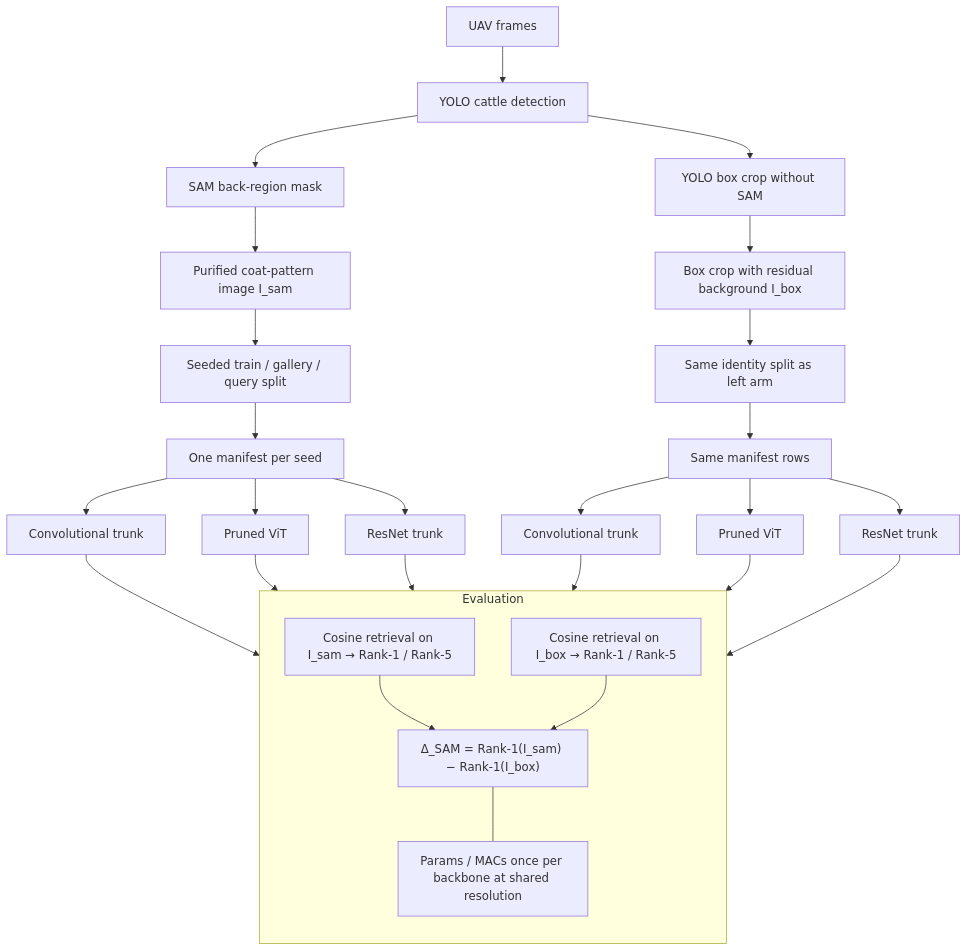
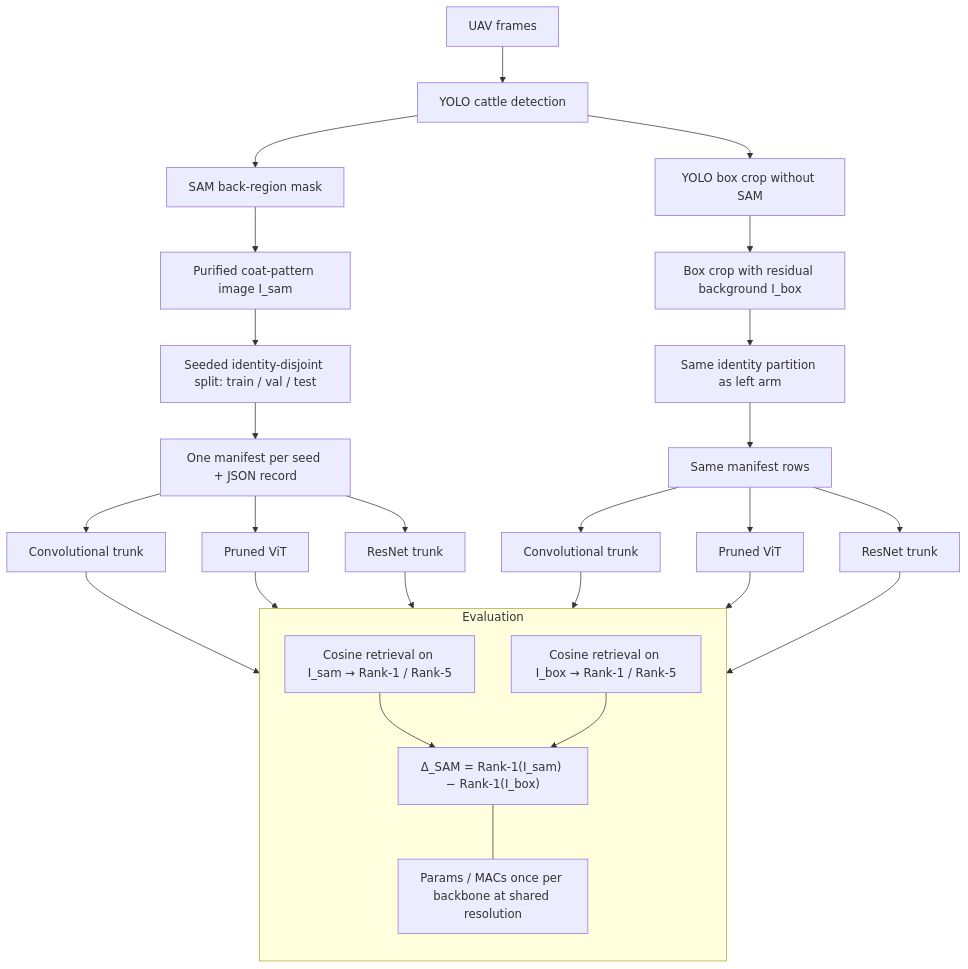
The diagram in README.md (tianyi-star/2d_cattle), drawn with Mermaid before and after one commit. The commit also changed other lines of this file and 13 other files, not shown here.

First line of the commit message:
Identity-disjoint splits by default, with a citable split manifest (#21)

````diff
--- a/README.md
+++ b/README.md
@@ -16,32 +16,32 @@
 ```mermaid
 flowchart TD
     A[UAV frames] --> B[YOLO cattle detection]
     B --> C[SAM back-region mask]
     B --> N[YOLO box crop without SAM]
     C --> D[Purified coat-pattern image I_sam]
     N --> P[Box crop with residual background I_box]
-    D --> E[Seeded train / gallery / query split]
-    P --> Q[Same identity split as left arm]
-    E --> F[One manifest per seed]
+    D --> E[Seeded identity-disjoint split: train / val / test]
+    P --> Q[Same identity partition as left arm]
+    E --> F[One manifest per seed + JSON record]
     Q --> R[Same manifest rows]
     F --> G[Convolutional trunk]
     F --> H[Pruned ViT]
     F --> I[ResNet trunk]
     R --> G2[Convolutional trunk]
     R --> H2[Pruned ViT]
     R --> I2[ResNet trunk]
 
     subgraph EVAL["Evaluation"]
         direction TB
         J["Cosine retrieval on I_sam → Rank-1 / Rank-5"]
         K["Cosine retrieval on I_box → Rank-1 / Rank-5"]
         L["Δ_SAM = Rank-1(I_sam) − Rank-1(I_box)"]
         M["Params / MACs once per backbone at shared resolution"]
         J --> L
         K --> L
         L --- M
     end
 
     G & H & I --> J
     G2 & H2 & I2 --> K
 ```
````
